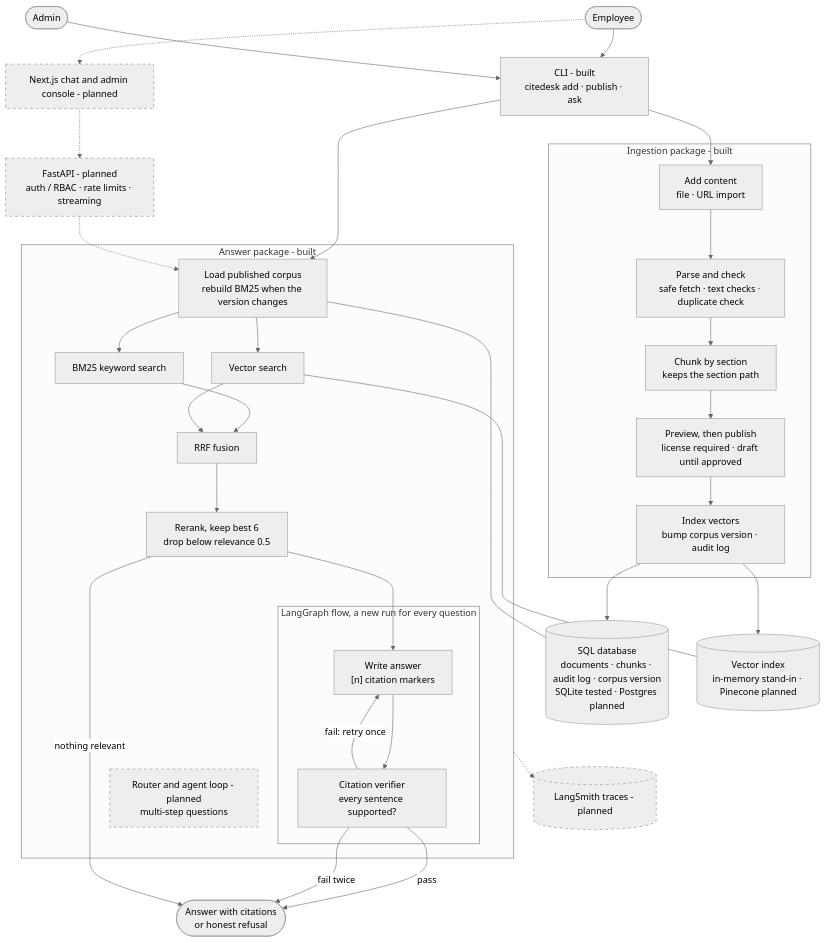
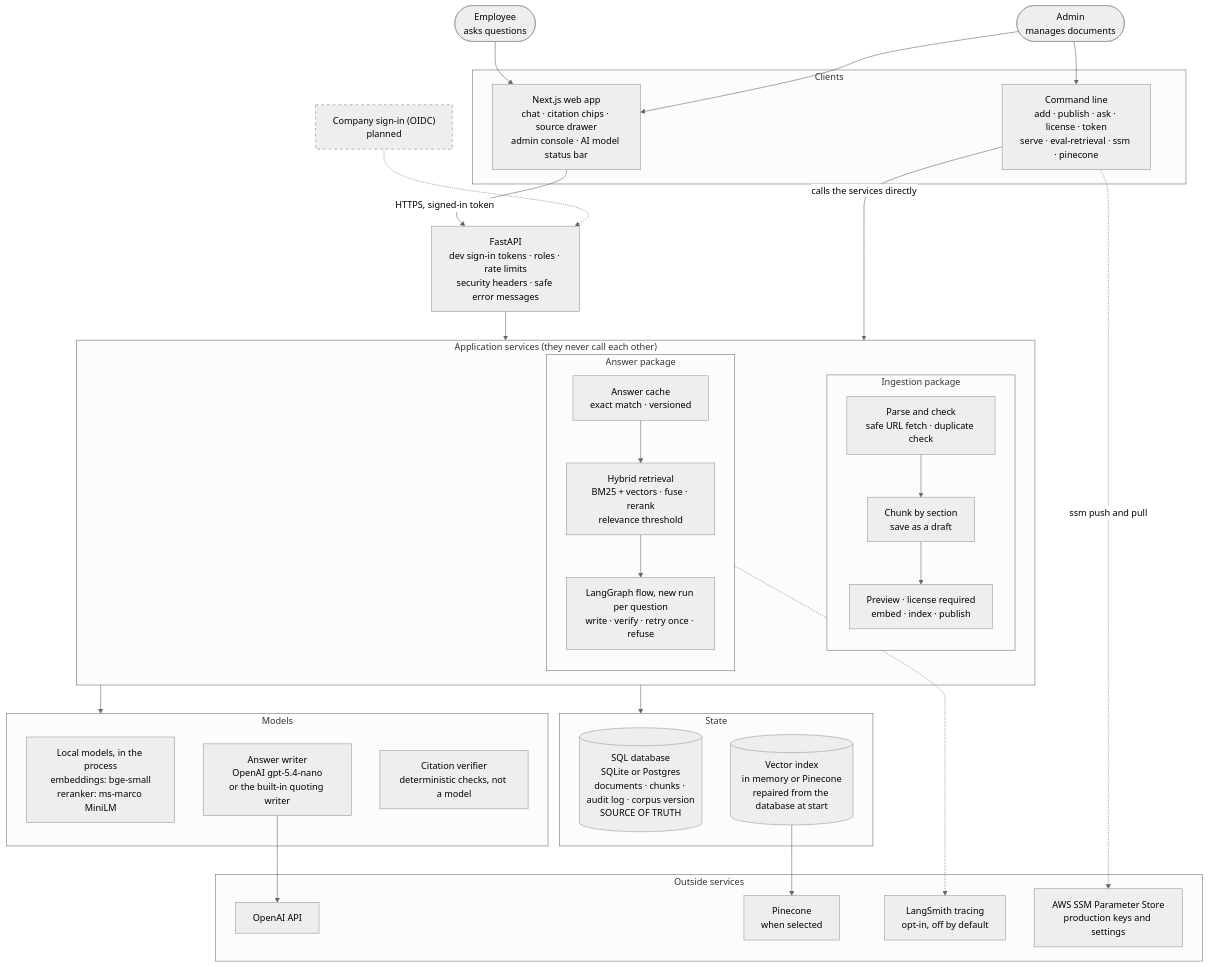
Before and after one commit to Tevaalgorithms/cite-desk: the first of 5 diagrams in README.md, drawn with Mermaid (neutral theme). The commit also changed other lines of this file and 125 other files, not shown here.

First line of the commit message:
Models, evaluation gates, API, web app, Docker, Postgres, OpenAI writer, Pinecone, tracing and SSM secrets (#2)

````diff
--- a/README.md
+++ b/README.md
@@ -142,49 +250,57 @@
 ```mermaid
 graph TB
-    EMP(["Employee"])
-    ADM(["Admin"])
-    CLI["CLI - built<br/>citedesk add · publish · ask"]
-    WEB["Next.js chat and admin console - planned"]:::planned
-    API["FastAPI - planned<br/>auth / RBAC · rate limits · streaming"]:::planned
+    EMP(["Employee<br/>asks questions"])
+    ADM(["Admin<br/>manages documents"])
 
-    subgraph ING["Ingestion package - built"]
-        ADD["Add content<br/>file · URL import"] --> FETCH["Parse and check<br/>safe fetch · text checks · duplicate check"] --> CHUNK["Chunk by section<br/>keeps the section path"] --> PUB["Preview, then publish<br/>license required · draft until approved"] --> IDX["Index vectors<br/>bump corpus version · audit log"]
+    subgraph CLIENTS["Clients"]
+        WEB["Next.js web app<br/>chat · citation chips · source drawer<br/>admin console · AI model status bar"]
+        CLI["Command line<br/>add · publish · ask · license · token<br/>serve · eval-retrieval · ssm · pinecone"]
     end
 
-    subgraph ANS["Answer package - built"]
-        LOAD["Load published corpus<br/>rebuild BM25 when the version changes"]
-        BM["BM25 keyword search"]
-        VEC["Vector search"]
-        RRF["RRF fusion"]
-        RR["Rerank, keep best 6<br/>drop below relevance 0.5"]
-        subgraph FLOW["LangGraph flow, a new run for every question"]
-            GEN["Write answer<br/>[n] citation markers"]
-            VER["Citation verifier<br/>every sentence supported?"]
-            GEN --> VER
-            VER -- "fail: retry once" --> GEN
+    OIDC["Company sign-in (OIDC)<br/>planned"]:::planned
+    API["FastAPI<br/>dev sign-in tokens · roles · rate limits<br/>security headers · safe error messages"]
+
+    subgraph SERVICES["Application services (they never call each other)"]
+        subgraph ING["Ingestion package"]
+            direction TB
+            I1["Parse and check<br/>safe URL fetch · duplicate check"] --> I2["Chunk by section<br/>save as a draft"] --> I3["Preview · license required<br/>embed · index · publish"]
         end
-        ROUTE["Router and agent loop - planned<br/>multi-step questions"]:::planned
-        LOAD --> BM & VEC
-        BM --> RRF
-        VEC --> RRF
-        RRF --> RR --> GEN
+        subgraph ANS["Answer package"]
+            direction TB
+            A1["Answer cache<br/>exact match · versioned"] --> A2["Hybrid retrieval<br/>BM25 + vectors · fuse · rerank<br/>relevance threshold"] --> A3["LangGraph flow, new run per question<br/>write · verify · retry once · refuse"]
+        end
     end
 
-    SQL[("SQL database<br/>documents · chunks · audit log · corpus version<br/>SQLite tested · Postgres planned")]
-    VIDX[("Vector index<br/>in-memory stand-in · Pinecone planned")]
-    OUT(["Answer with citations<br/>or honest refusal"])
-    LS[("LangSmith traces - planned")]:::planned
+    subgraph STATE["State"]
+        SQL[("SQL database<br/>SQLite or Postgres<br/>documents · chunks · audit log · corpus version<br/>SOURCE OF TRUTH")]
+        VEC[("Vector index<br/>in memory or Pinecone<br/>repaired from the database at start")]
+    end
 
-    EMP --> CLI --> LOAD
-    ADM --> CLI --> ADD
-    EMP -.-> WEB -.-> API -.-> LOAD
-    VER -- pass --> OUT
-    VER -- "fail twice" --> OUT
-    RR -- "nothing relevant" --> OUT
-    IDX --> SQL
-    IDX --> VIDX
-    LOAD --- SQL
-    VEC --- VIDX
-    ANS -.-> LS
+    subgraph MODELS["Models"]
+        LOCAL["Local models, in the process<br/>embeddings: bge-small<br/>reranker: ms-marco MiniLM"]
+        WRITER["Answer writer<br/>OpenAI gpt-5.4-nano<br/>or the built-in quoting writer"]
+        VERIFY["Citation verifier<br/>deterministic checks, not a model"]
+    end
+
+    subgraph EXT["Outside services"]
+        OPENAI["OpenAI API"]
+        PINECONE["Pinecone<br/>when selected"]
+        LANGSMITH["LangSmith tracing<br/>opt-in, off by default"]
+        SSM["AWS SSM Parameter Store<br/>production keys and settings"]
+    end
+
+    EMP --> WEB
+    ADM --> WEB
+    ADM --> CLI
+    WEB -- "HTTPS, signed-in token" --> API
+    OIDC -.-> API
+    API --> SERVICES
+    CLI -- "calls the services directly" --> SERVICES
+    SERVICES --> STATE
+    SERVICES --> MODELS
+    WRITER --> OPENAI
+    VEC --> PINECONE
+    ANS -.-> LANGSMITH
+    CLI -. "ssm push and pull" .-> SSM
     classDef planned stroke-dasharray: 5 5,stroke:#888
 ```
````
